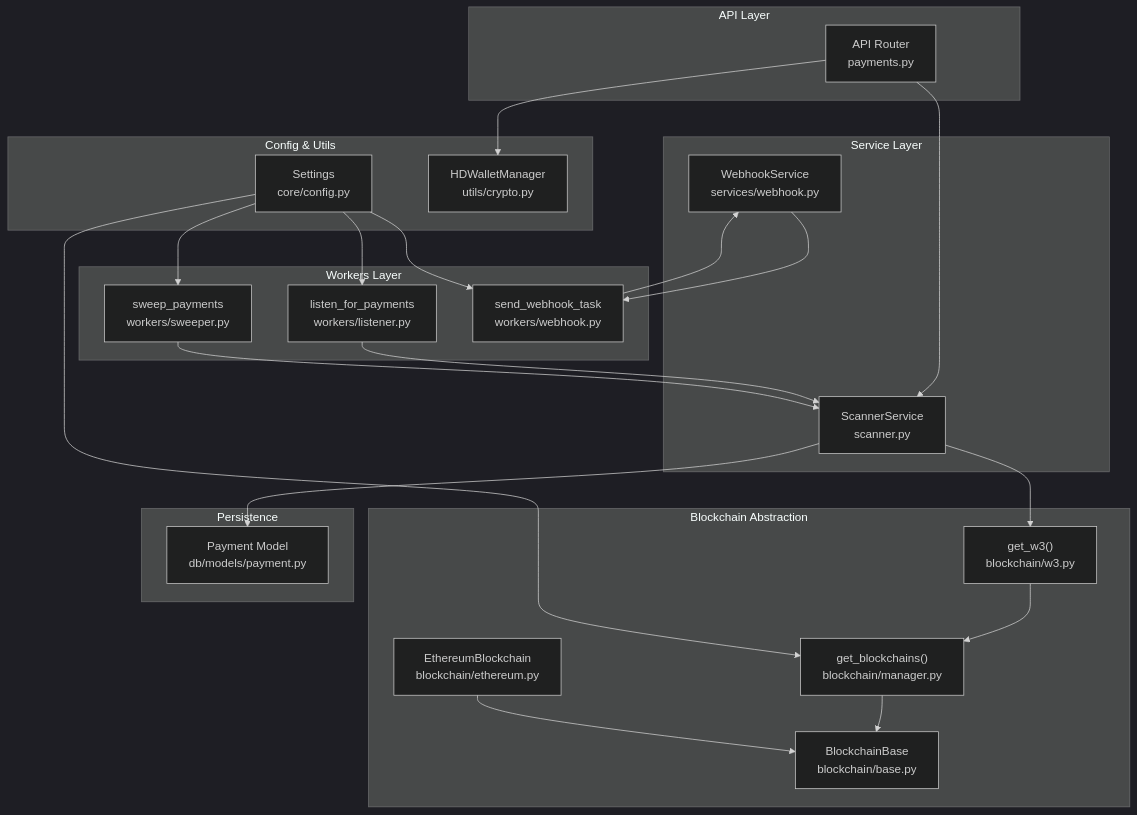
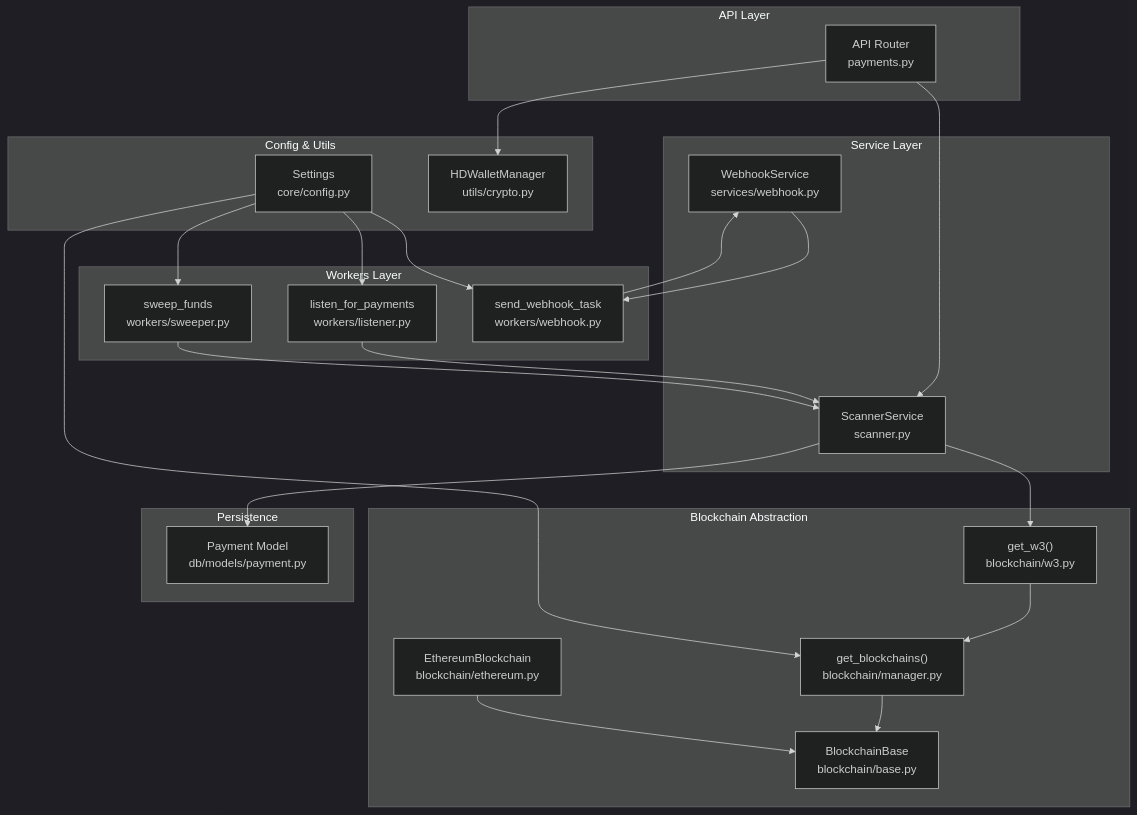
One commit to rakibhossain72/ctrip-docs changed the first of 9 diagrams in docs/advanced-topics/architectural-patterns-and-design-principles.md. Above: the diagram before and after it, drawn with Mermaid (dark theme). The commit also changed other lines of this file and 25 other files, not shown here.

````diff
--- a/docs/advanced-topics/architectural-patterns-and-design-principles.md
+++ b/docs/advanced-topics/architectural-patterns-and-design-principles.md
@@ -54,43 +54,43 @@
 ```mermaid
 graph TB
 subgraph "API Layer"
 R1["API Router<br/>payments.py"]
 end
 subgraph "Service Layer"
 S1["ScannerService<br/>scanner.py"]
 S2["WebhookService<br/>services/webhook.py"]
 end
 subgraph "Workers Layer"
 W1["listen_for_payments<br/>workers/listener.py"]
-W2["sweep_payments<br/>workers/sweeper.py"]
+W2["sweep_funds<br/>workers/sweeper.py"]
 W3["send_webhook_task<br/>workers/webhook.py"]
 end
 subgraph "Blockchain Abstraction"
 B1["BlockchainBase<br/>blockchain/base.py"]
 B2["EthereumBlockchain<br/>blockchain/ethereum.py"]
 BM["get_blockchains()<br/>blockchain/manager.py"]
 BW["get_w3()<br/>blockchain/w3.py"]
 end
 subgraph "Persistence"
 M1["Payment Model<br/>db/models/payment.py"]
 end
 subgraph "Config & Utils"
 C1["Settings<br/>core/config.py"]
 U1["HDWalletManager<br/>utils/crypto.py"]
 end
 R1 --> S1
 R1 --> U1
 S1 --> M1
 S1 --> BW
 S2 --> W3
 W1 --> S1
 W2 --> S1
 W3 --> S2
 BW --> BM
 BM --> B1
 B2 --> B1
 C1 --> BM
 C1 --> W1
 C1 --> W2
 C1 --> W3
 ```
````
